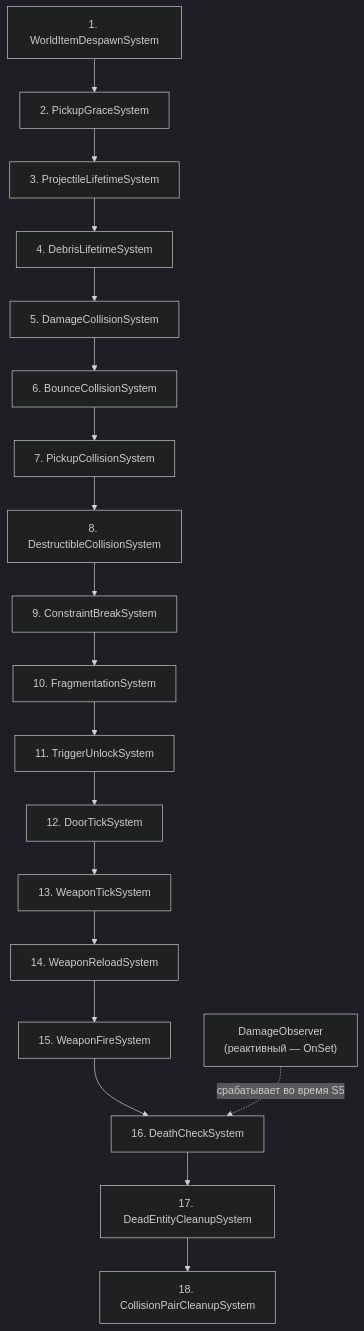
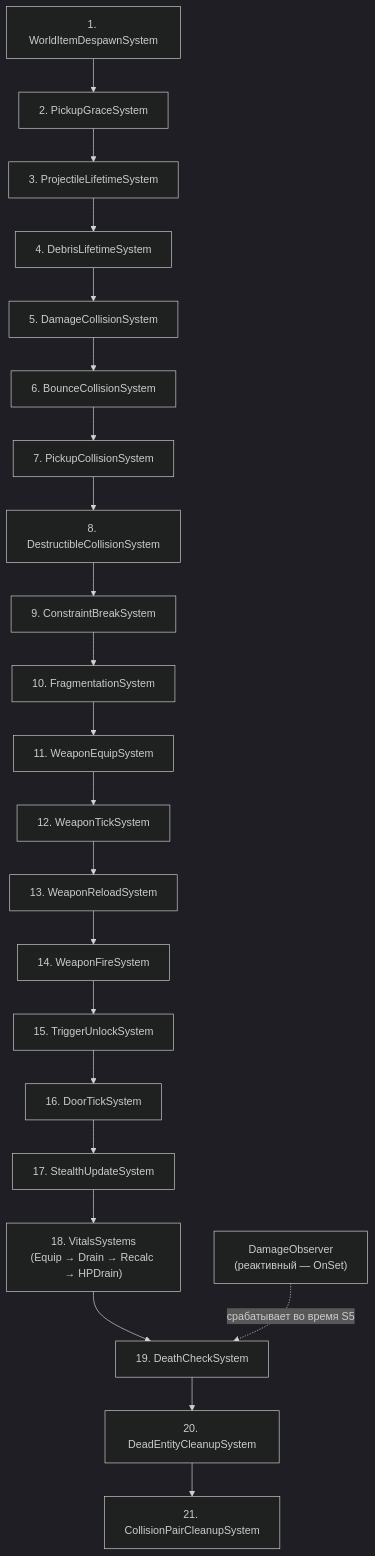
One commit to bluesteelll/FatumGame changed the diagram in docs/systems/system-execution-order.ru.md. Above: the diagram before and after it, drawn with Mermaid (dark theme). The commit also changed other lines of this file and 16 other files, not shown here.

````diff
--- a/docs/systems/system-execution-order.ru.md
+++ b/docs/systems/system-execution-order.ru.md
@@ -11,32 +11,36 @@
 ```mermaid
 graph TD
     DamageObs["DamageObserver<br/>(реактивный — OnSet)"]
 
     S1["1. WorldItemDespawnSystem"]
     S2["2. PickupGraceSystem"]
     S3["3. ProjectileLifetimeSystem"]
     S4["4. DebrisLifetimeSystem"]
     S5["5. DamageCollisionSystem"]
     S6["6. BounceCollisionSystem"]
     S7["7. PickupCollisionSystem"]
     S8["8. DestructibleCollisionSystem"]
     S9["9. ConstraintBreakSystem"]
     S10["10. FragmentationSystem"]
-    S11["11. TriggerUnlockSystem"]
-    S12["12. DoorTickSystem"]
-    S13["13. WeaponTickSystem"]
-    S14["14. WeaponReloadSystem"]
-    S15["15. WeaponFireSystem"]
-    S16["16. DeathCheckSystem"]
-    S17["17. DeadEntityCleanupSystem"]
-    S18["18. CollisionPairCleanupSystem"]
+    S11["11. WeaponEquipSystem"]
+    S12["12. WeaponTickSystem"]
+    S13["13. WeaponReloadSystem"]
+    S14["14. WeaponFireSystem"]
+    S15["15. TriggerUnlockSystem"]
+    S16["16. DoorTickSystem"]
+    S17["17. StealthUpdateSystem"]
+    S18["18. VitalsSystems<br/>(Equip → Drain → Recalc → HPDrain)"]
+    S19["19. DeathCheckSystem"]
+    S20["20. DeadEntityCleanupSystem"]
+    S21["21. CollisionPairCleanupSystem"]
 
     S1 --> S2 --> S3 --> S4
     S4 --> S5 --> S6 --> S7 --> S8
     S8 --> S9 --> S10
-    S10 --> S11 --> S12
-    S12 --> S13 --> S14 --> S15
-    S15 --> S16 --> S17 --> S18
+    S10 --> S11 --> S12 --> S13 --> S14
+    S14 --> S15 --> S16
+    S16 --> S17 --> S18
+    S18 --> S19 --> S20 --> S21
 
-    DamageObs -.->|"срабатывает во время S5"| S16
+    DamageObs -.->|"срабатывает во время S5"| S19
 ```
````
